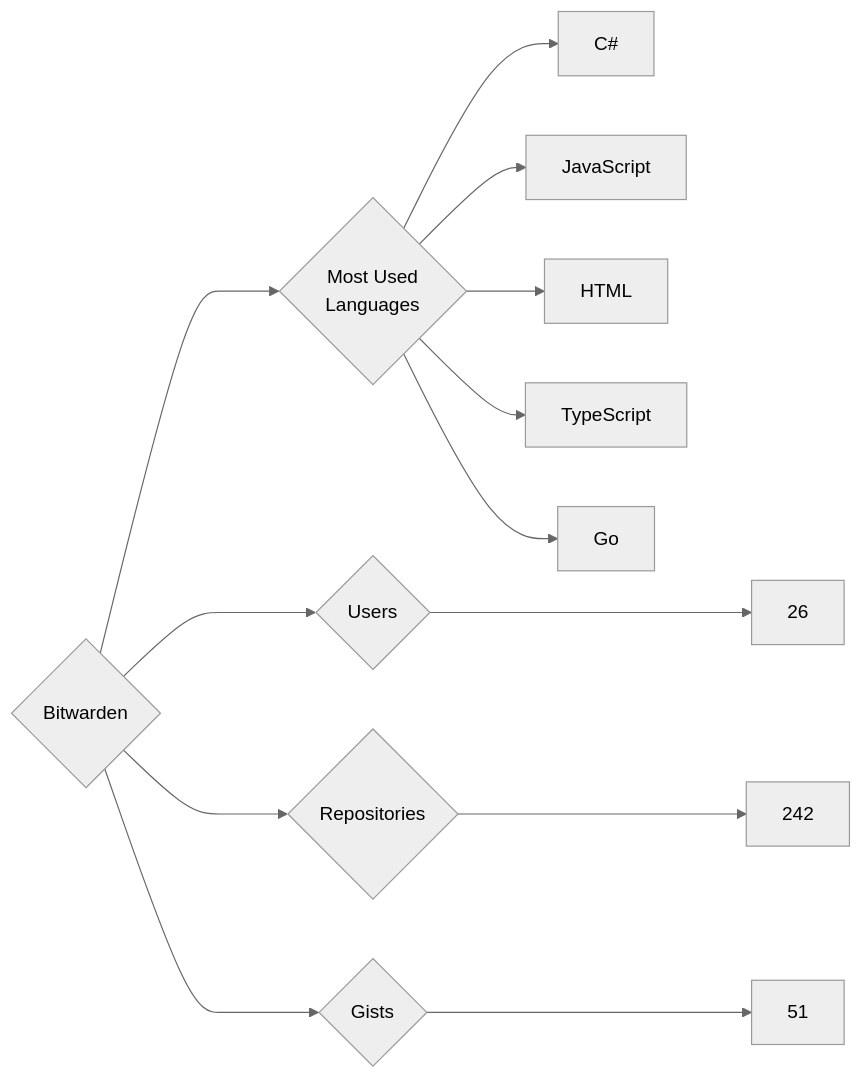
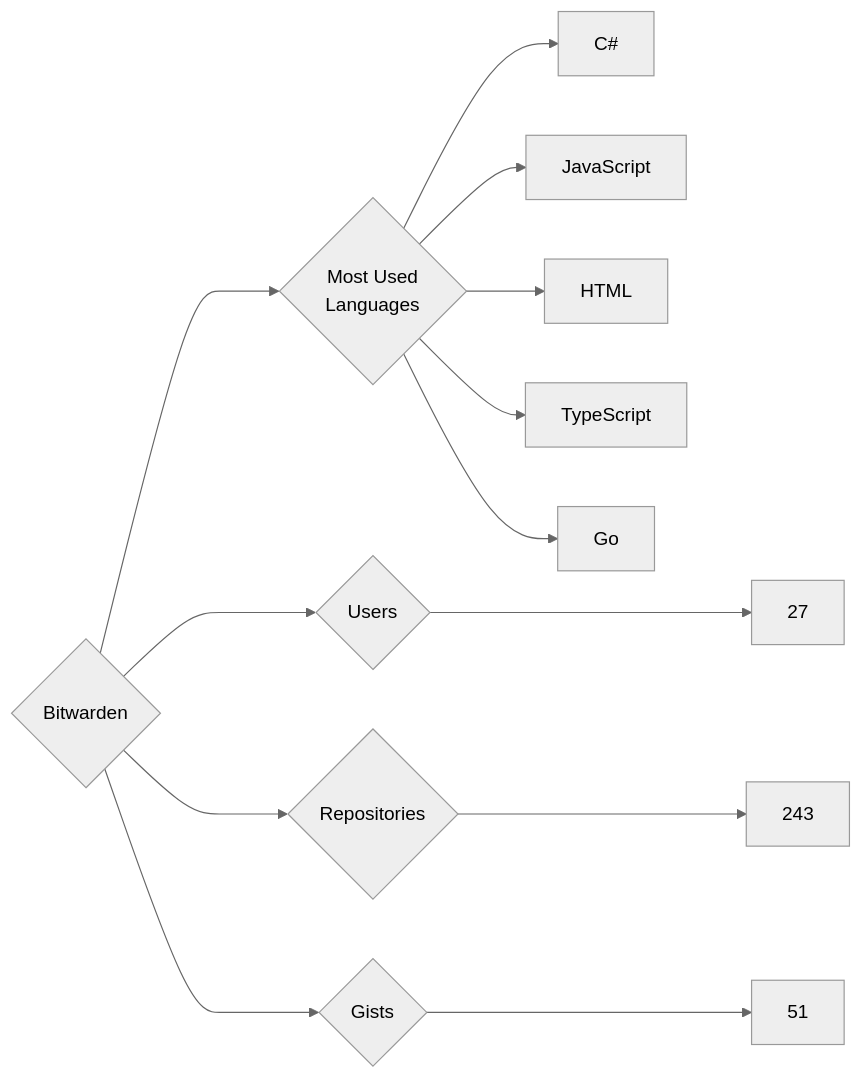
One commit to trickest/insiders changed the diagram in targets/Bitwarden/README.md. Above: the diagram before and after it, drawn with Mermaid (neutral theme). The commit also changed 640 other files, not shown here.

````diff
--- a/targets/Bitwarden/README.md
+++ b/targets/Bitwarden/README.md
@@ -3,13 +3,13 @@
 ```mermaid
 graph LR
 COMPANY_NAME{Bitwarden}
-COMPANY_NAME ---> U{Users} ---> UN[26]
-COMPANY_NAME ---> R{Repositories} ---> RN[242]
+COMPANY_NAME ---> U{Users} ---> UN[27]
+COMPANY_NAME ---> R{Repositories} ---> RN[243]
 COMPANY_NAME ---> G{Gists} ---> GN[51]
 COMPANY_NAME ---> ML{Most Used<br>Languages}
 ML --> C#[C#]
 ML --> JavaScript[JavaScript]
 ML --> HTML[HTML]
 ML --> TypeScript[TypeScript]
 ML --> Go[Go]
 ```
````
